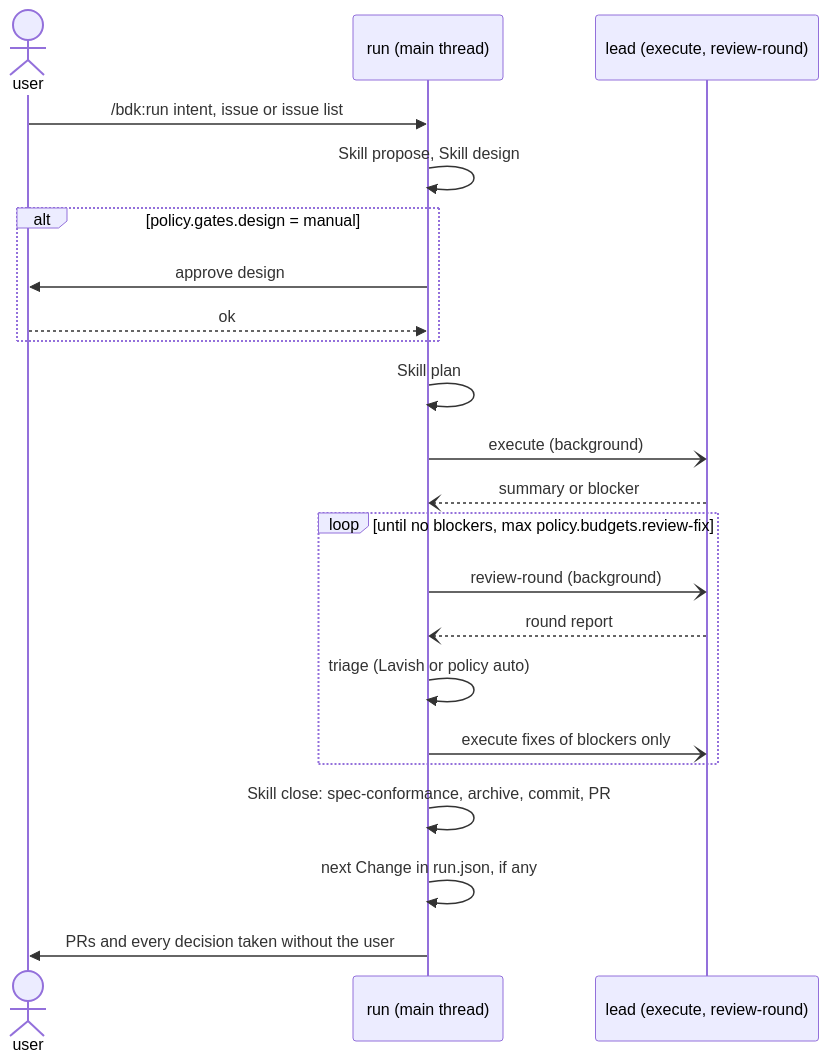
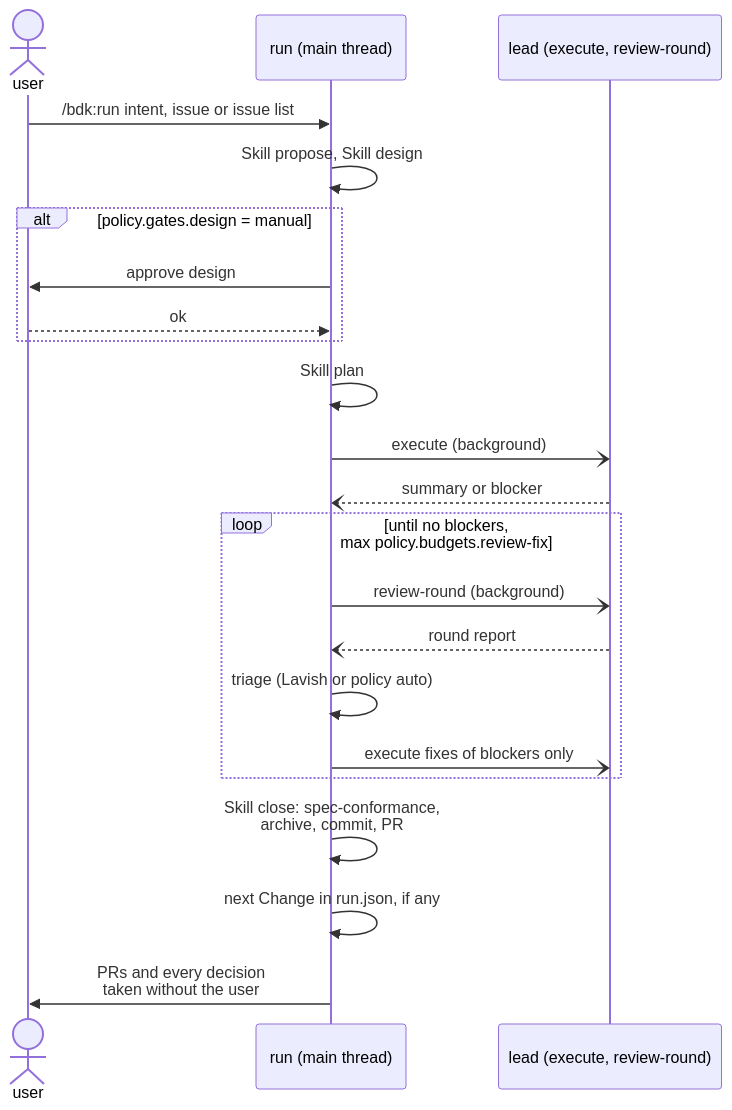
The sixth of 12 diagrams in docs/design/2026-10-07-v3-architecture.md (broneq/bdk), drawn with Mermaid before and after one commit. The commit also changed other lines of this file and 10 other files, not shown here.

First line of the commit message:
fix(docs): keep sequence diagram names whole

````diff
--- a/docs/design/2026-10-07-v3-architecture.md
+++ b/docs/design/2026-10-07-v3-architecture.md
@@ -294,24 +294,24 @@
 ```mermaid
 sequenceDiagram
   actor H as user
   participant M as run (main thread)
   participant L as lead (execute, review-round)
   H->>M: /bdk:run intent, issue or issue list
   M->>M: Skill propose, Skill design
   alt policy.gates.design = manual
     M->>H: approve design
     H-->>M: ok
   end
   M->>M: Skill plan
   M-)L: execute (background)
   L--)M: summary or blocker
-  loop until no blockers, max policy.budgets.review-fix
+  loop until no blockers,<br/>max policy.budgets.review-fix
     M-)L: review-round (background)
     L--)M: round report
     M->>M: triage (Lavish or policy auto)
     M-)L: execute fixes of blockers only
   end
-  M->>M: Skill close: spec-conformance, archive, commit, PR
+  M->>M: Skill close: spec-conformance,<br/>archive, commit, PR
   M->>M: next Change in run.json, if any
-  M->>H: PRs and every decision taken without the user
+  M->>H: PRs and every decision<br/>taken without the user
 ```
````
